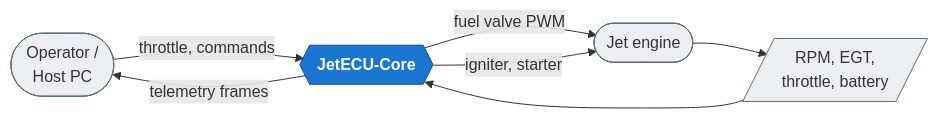
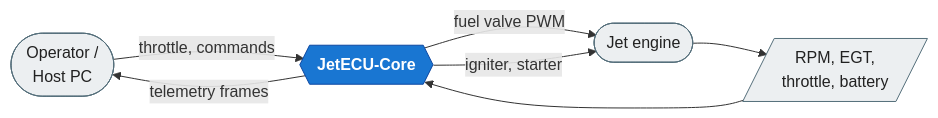
The first of 3 diagrams in doc/index.rst (jakub-michalik/JetECU-Core), drawn with Mermaid before and after one commit. The commit also changed other lines of this file and 5 other files, not shown here.

First line of the commit message:
docs: fix Mermaid label readability on RTD theme

```diff
--- a/doc/index.rst
+++ b/doc/index.rst
@@ -17,14 +17,14 @@
 .. mermaid::
 
    flowchart LR
        Op([Operator /<br/>Host PC]) -->|throttle, commands| ECU{{JetECU-Core}}
        Sensors[/"RPM, EGT,<br/>throttle, battery"/] --> ECU
        ECU -->|fuel valve PWM| Engine([Jet engine])
        ECU -->|igniter, starter| Engine
        Engine --> Sensors
        ECU -->|telemetry frames| Op
 
        classDef ecu fill:#1976d2,stroke:#0d47a1,color:#fff,font-weight:bold;
-       classDef ext fill:#eceff1,stroke:#546e7a;
+       classDef ext fill:#eceff1,stroke:#546e7a,color:#212121;
        class ECU ecu;
        class Op,Sensors,Engine ext;
```
